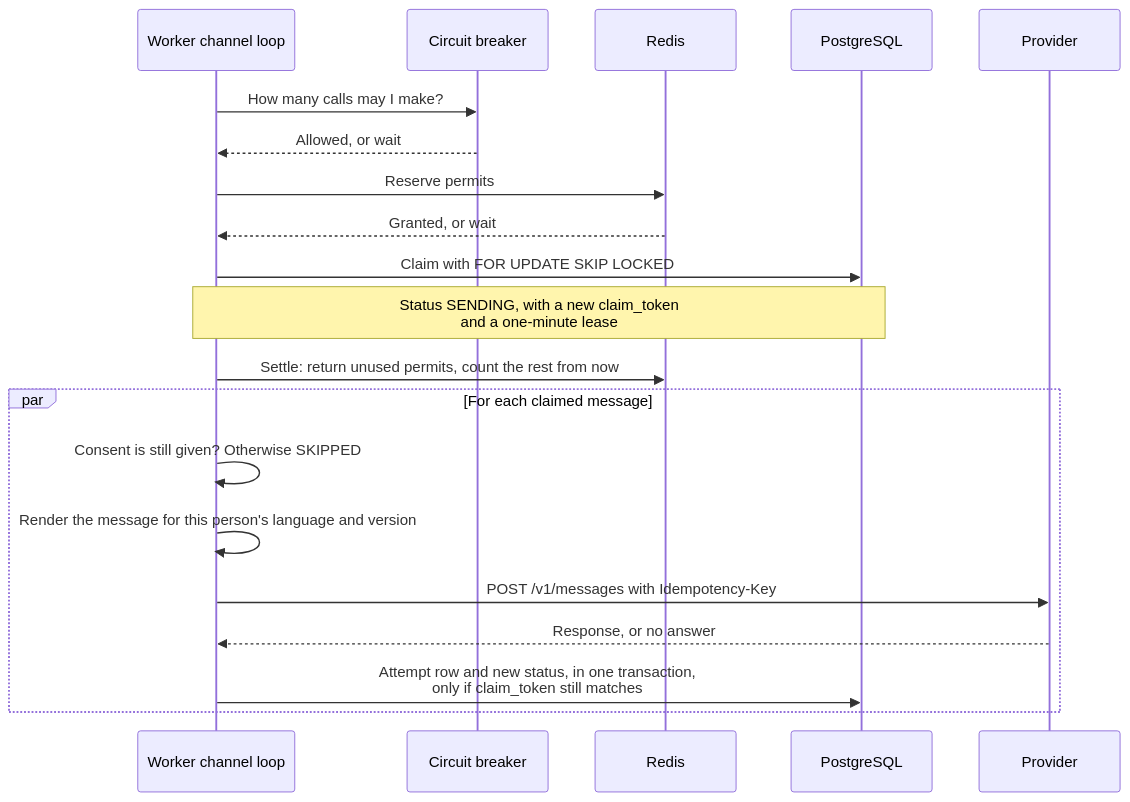
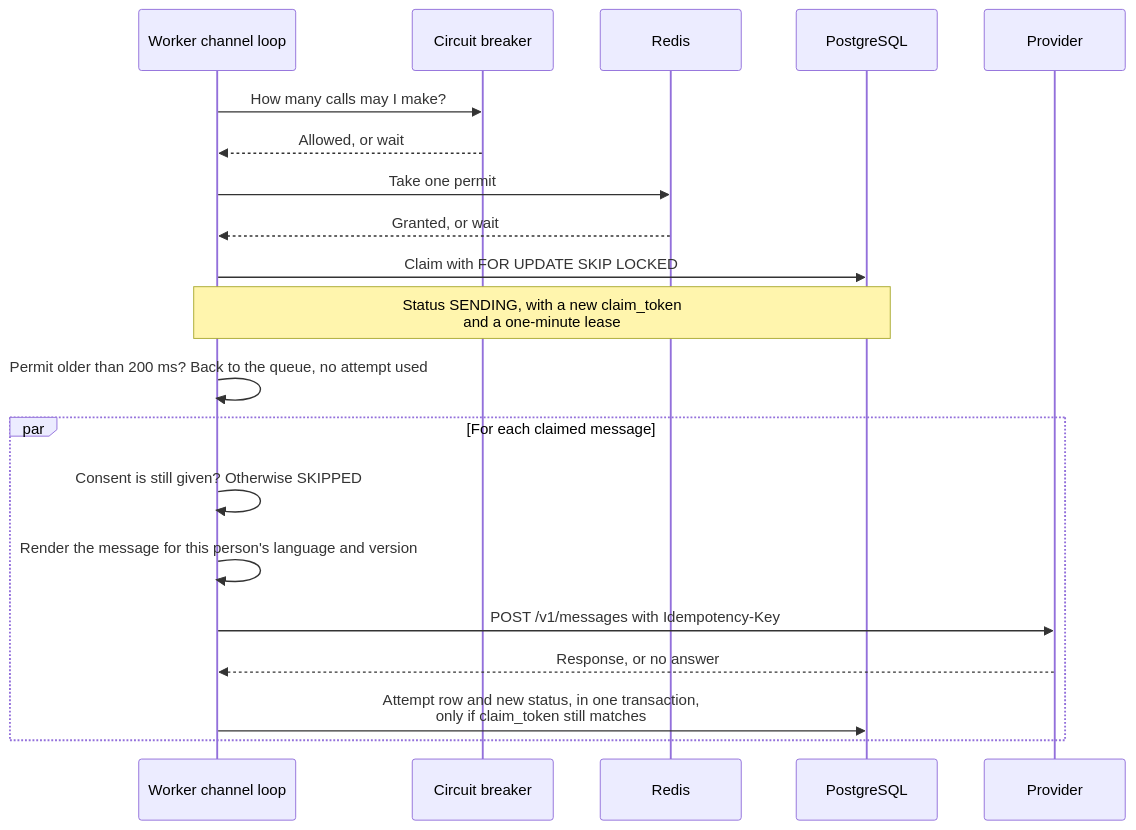
One commit to negativexq/smart-campaign-composer changed the sixth of 13 diagrams in docs/flows.md. Above: the diagram before and after it, drawn with Mermaid. The commit also changed 42 other files, not shown here.

````diff
--- a/docs/flows.md
+++ b/docs/flows.md
@@ -168,23 +168,23 @@
 ```mermaid
 sequenceDiagram
     participant W as Worker channel loop
     participant B as Circuit breaker
     participant R as Redis
     participant D as PostgreSQL
     participant P as Provider
 
     W->>B: How many calls may I make?
     B-->>W: Allowed, or wait
-    W->>R: Reserve permits
+    W->>R: Take one permit
     R-->>W: Granted, or wait
     W->>D: Claim with FOR UPDATE SKIP LOCKED
     Note over W,D: Status SENDING, with a new claim_token<br/>and a one-minute lease
-    W->>R: Settle: return unused permits, count the rest from now
+    W->>W: Permit older than 200 ms? Back to the queue, no attempt used
     par For each claimed message
         W->>W: Consent is still given? Otherwise SKIPPED
         W->>W: Render the message for this person's language and version
         W->>P: POST /v1/messages with Idempotency-Key
         P-->>W: Response, or no answer
         W->>D: Attempt row and new status, in one transaction,<br/>only if claim_token still matches
     end
 ```
````
